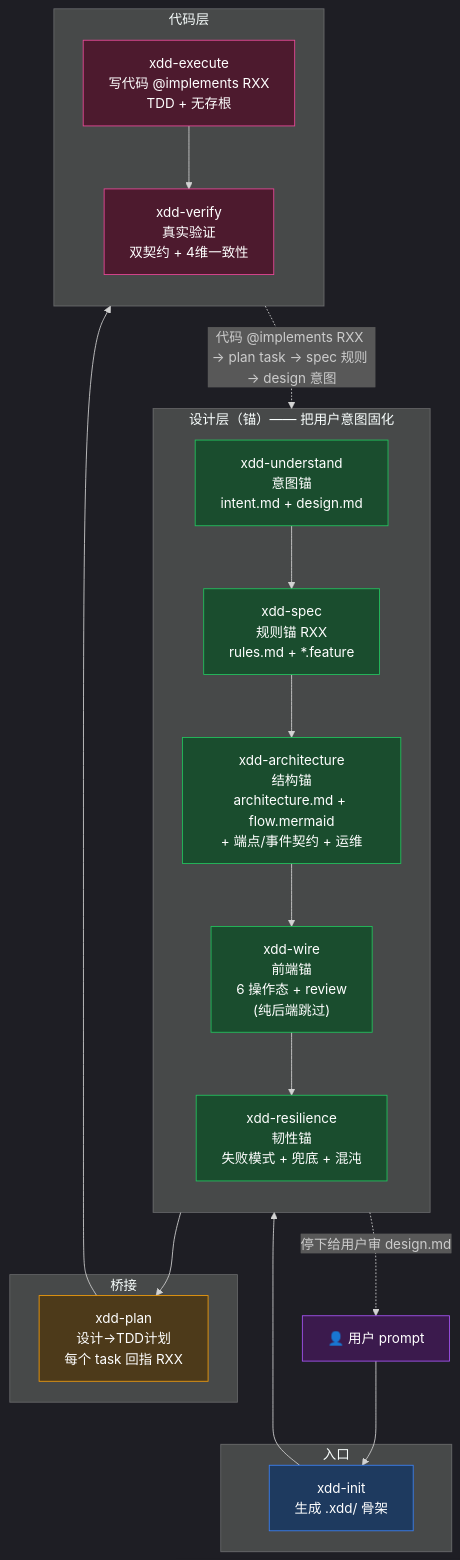
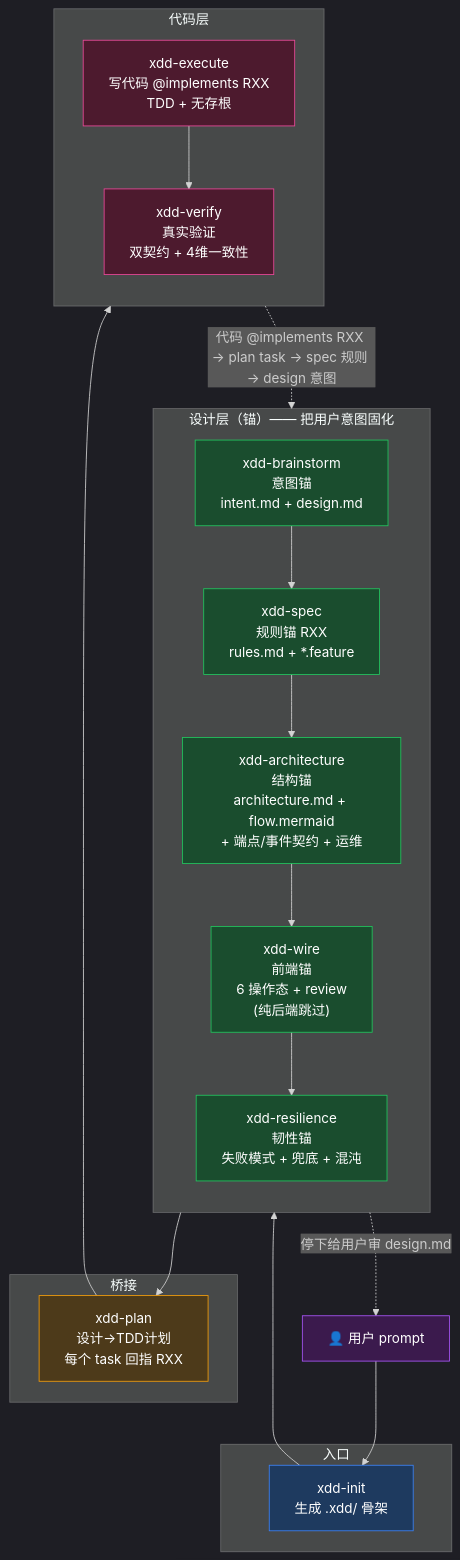
Before and after one commit to zhaochongjie666-cyber/cjxdd: the diagram in docs/architecture.mmd, drawn with Mermaid. The commit also changed 20 other files, not shown here.

```diff
--- a/docs/architecture.mmd
+++ b/docs/architecture.mmd
@@ -1,49 +1,49 @@
 %%{ init: { 'theme': 'dark' } }%%
 flowchart TB
   subgraph Entry["入口"]
     INIT["xdd-init\n生成 .xdd/ 骨架"]
   end
 
   subgraph Design["设计层（锚）—— 把用户意图固化"]
     direction TB
-    UND["xdd-understand\n意图锚\nintent.md + design.md"]
+    UND["xdd-brainstorm\n意图锚\nintent.md + design.md"]
     SPEC["xdd-spec\n规则锚 RXX\nrules.md + *.feature"]
     ARCH["xdd-architecture\n结构锚\narchitecture.md + flow.mermaid\n+ 端点/事件契约 + 运维"]
     WIRE["xdd-wire\n前端锚\n6 操作态 + review\n(纯后端跳过)"]
     RES["xdd-resilience\n韧性锚\n失败模式 + 兜底 + 混沌"]
     UND --> SPEC --> ARCH --> WIRE --> RES
   end
 
   subgraph Bridge["桥接"]
     PLAN["xdd-plan\n设计→TDD计划\n每个 task 回指 RXX"]
   end
 
   subgraph Code["代码层"]
     direction TB
     EXE["xdd-execute\n写代码 @implements RXX\nTDD + 无存根"]
     VER["xdd-verify\n真实验证\n双契约 + 4维一致性"]
     EXE --> VER
   end
 
   USER["👤 用户 prompt"] --> INIT
   INIT --> UND
   RES --> PLAN
   PLAN --> EXE
 
   %% 追溯闭环
   VER -. "代码 @implements RXX → plan task → spec 规则 → design 意图" .-> UND
 
   %% 用户审查节点
   UND -. "停下给用户审 design.md" .-> USER
 
   classDef entry fill:#1e3a5f,stroke:#3b82f6,color:#fff
   classDef design fill:#1a4d2e,stroke:#22c55e,color:#fff
   classDef bridge fill:#4d3a1a,stroke:#f59e0b,color:#fff
   classDef code fill:#4d1a2e,stroke:#ec4899,color:#fff
   classDef user fill:#3b1a4d,stroke:#a855f7,color:#fff
 
   class INIT entry
   class UND,SPEC,ARCH,WIRE,RES design
   class PLAN bridge
   class EXE,VER code
   class USER user
```
